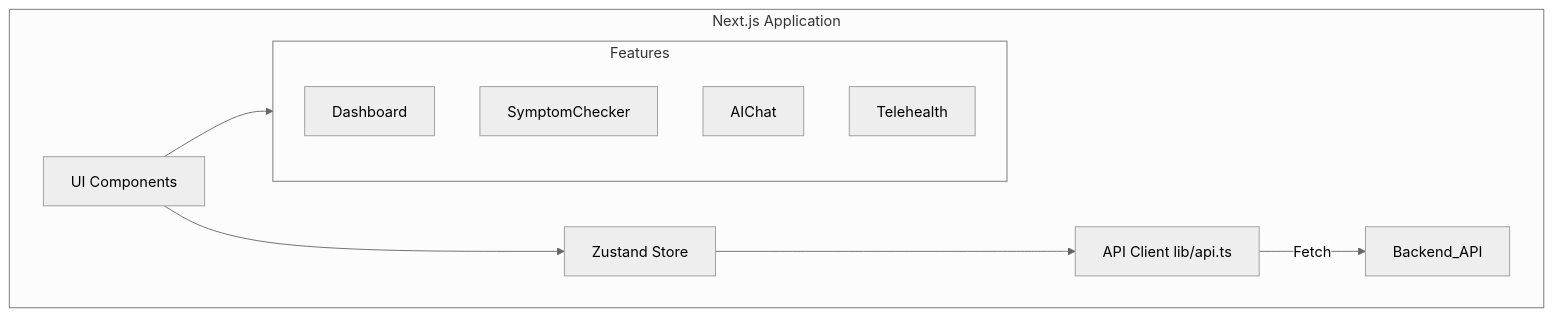
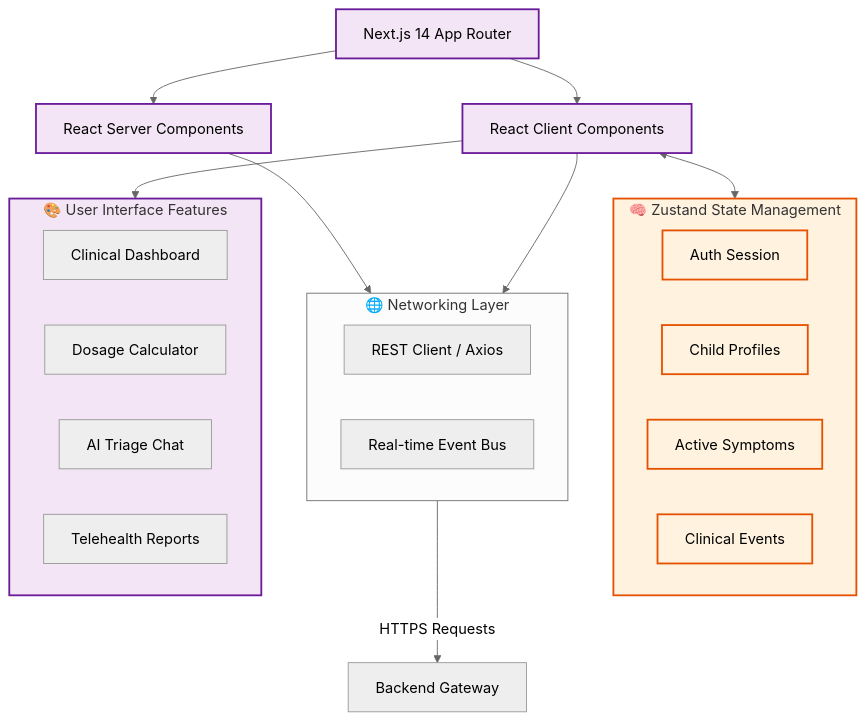
The second of 3 diagrams in README.md (samalpartha/EPCID), drawn with Mermaid (neutral theme) before and after one commit. The commit also changed other lines of this file and 38 other files, not shown here.

Commit message:
Fix backend unit tests, 401/404 errors, and datetime deprecations. Add architecture diagrams to README

````diff
--- a/README.md
+++ b/README.md
@@ -262,17 +303,44 @@
 ```mermaid
 graph TD
-    subgraph Frontend [Next.js Application]
-        UI[UI Components] --> State[Zustand Store]
-        State --> API_Client[API Client lib/api.ts]
-        API_Client -->|Fetch| Backend_API
-        
-        subgraph Features
-            Dashboard
-            SymptomChecker
-            AIChat
-            Telehealth
-        end
-        
-        UI --> Features
+    %% Frontend Core
+    UI[Next.js 14 App Router]
+    ClientComponents[React Client Components]
+    ServerComponents[React Server Components]
+    
+    %% State Management
+    subgraph StateStore["🧠 Zustand State Management"]
+        AuthStore[Auth Session]
+        ChildStore[Child Profiles]
+        SymptomStore[Active Symptoms]
+        EventStore[Clinical Events]
     end
+
+    %% API Layer
+    subgraph Communication["🌐 Networking Layer"]
+        GraphQLClient[REST Client / Axios]
+        WebSocket[Real-time Event Bus]
+    end
+
+    %% Connections
+    UI --> ClientComponents & ServerComponents
+    ServerComponents --> Communication
+    ClientComponents <--> StateStore
+    ClientComponents --> Communication
+    Communication -->|HTTPS Requests| Backend[Backend Gateway]
+    
+    %% UI Features
+    subgraph UILayer["🎨 User Interface Features"]
+        Dash[Clinical Dashboard]
+        Calc[Dosage Calculator]
+        Chat[AI Triage Chat]
+        Reports[Telehealth Reports]
+    end
+    
+    ClientComponents --> UILayer
+
+    classDef ui fill:#f3e5f5,stroke:#6a1b9a,stroke-width:2px
+    classDef state fill:#fff3e0,stroke:#e65100,stroke-width:2px
+    
+    class UI,ClientComponents,ServerComponents,UILayer ui
+    class StateStore,AuthStore,ChildStore,SymptomStore,EventStore state
 ```
````
